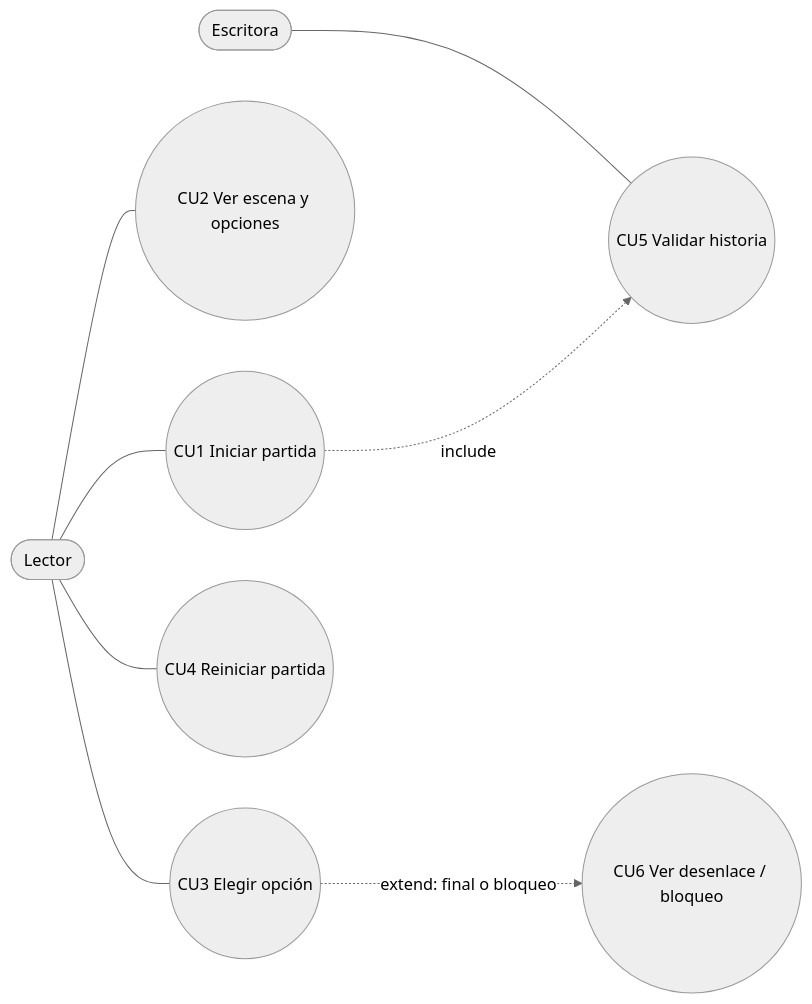
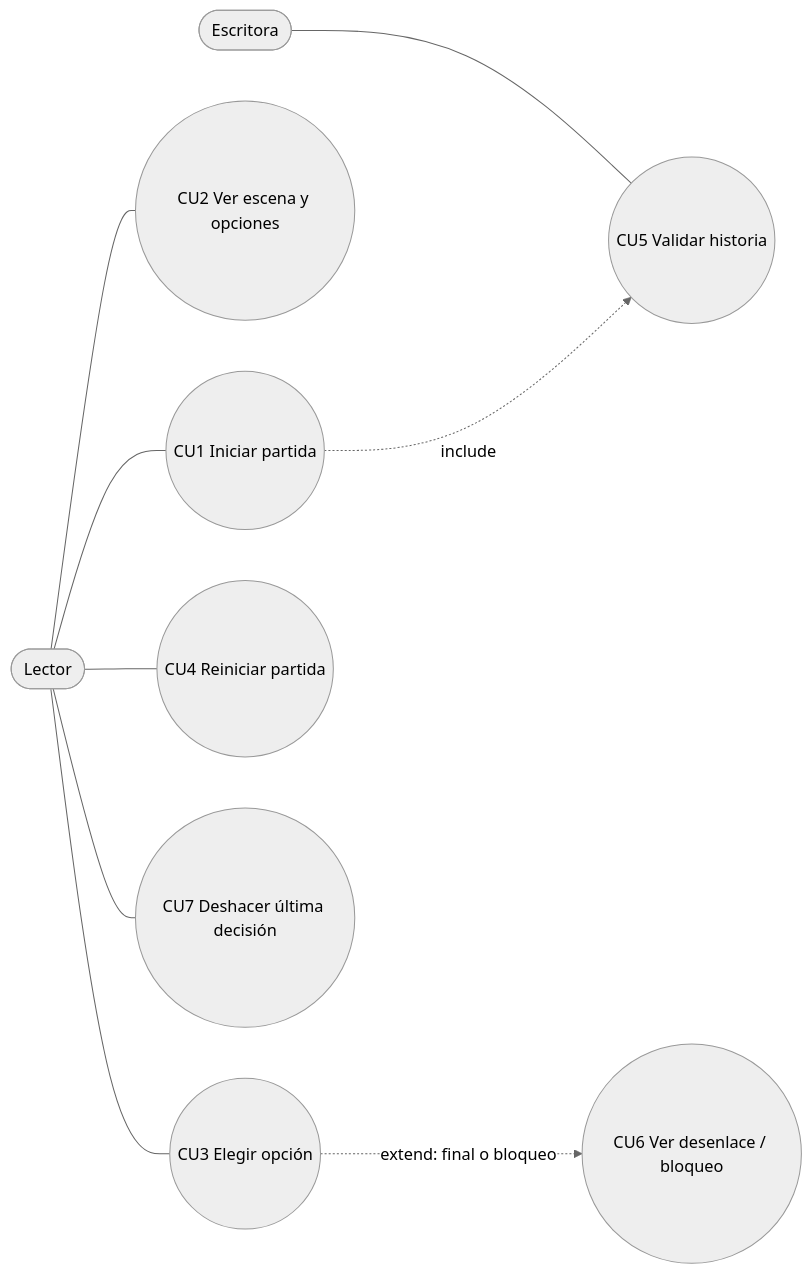
The second of 8 diagrams in docs/arquitectura.md (spenicheg/parcial-motor-narrativo), drawn with Mermaid (neutral theme) before and after one commit. The commit also changed other lines of this file and 7 other files, not shown here.

````diff
--- a/docs/arquitectura.md
+++ b/docs/arquitectura.md
@@ -20,10 +20,11 @@
 ```mermaid
 flowchart LR
   L([Lector]) --- CU1((CU1 Iniciar partida))
   L --- CU2((CU2 Ver escena y opciones))
   L --- CU3((CU3 Elegir opción))
   L --- CU4((CU4 Reiniciar partida))
+  L --- CU7((CU7 Deshacer última decisión))
   E([Escritora]) --- CU5((CU5 Validar historia))
   CU1 -. include .-> CU5
   CU3 -. extend: final o bloqueo .-> CU6((CU6 Ver desenlace / bloqueo))
 ```
````
